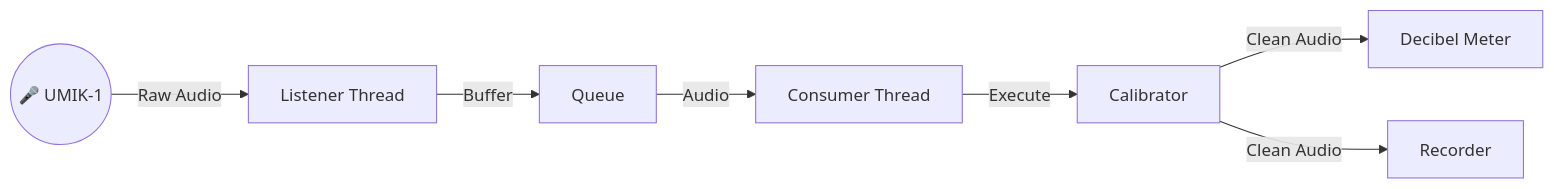
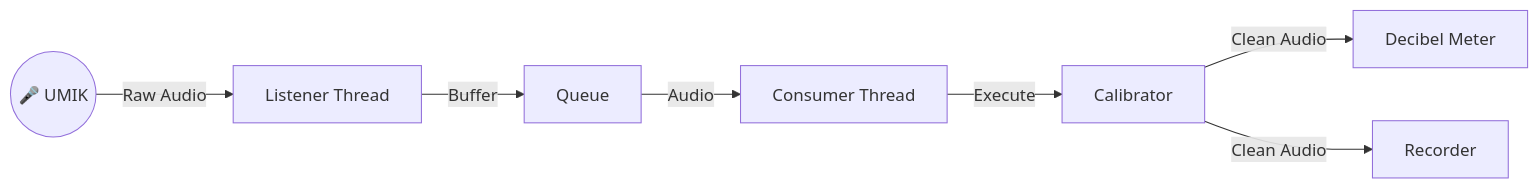
The diagram in README.md (danielfcollier/py-umik-base-app), drawn with Mermaid before and after one commit. The commit also changed other lines of this file, not shown here.

First line of the commit message:
Rename UMIK-1 Python Toolkit to UMIK Base App

````diff
--- a/README.md
+++ b/README.md
@@ -71,10 +77,10 @@
 ```mermaid
 graph LR
-    Mic((🎤 UMIK-1)) -->|Raw Audio| Producer[Listener Thread]
+    Mic((🎤 UMIK)) -->|Raw Audio| Producer[Listener Thread]
     Producer -->|Buffer| Queue[Queue]
     Queue -->|Audio| Consumer[Consumer Thread]
     
     Consumer -->|Execute| Calibrator[Calibrator]
     Calibrator -->|Clean Audio| Meter[Decibel Meter]
     Calibrator -->|Clean Audio| Recorder[Recorder]
 ```
````
